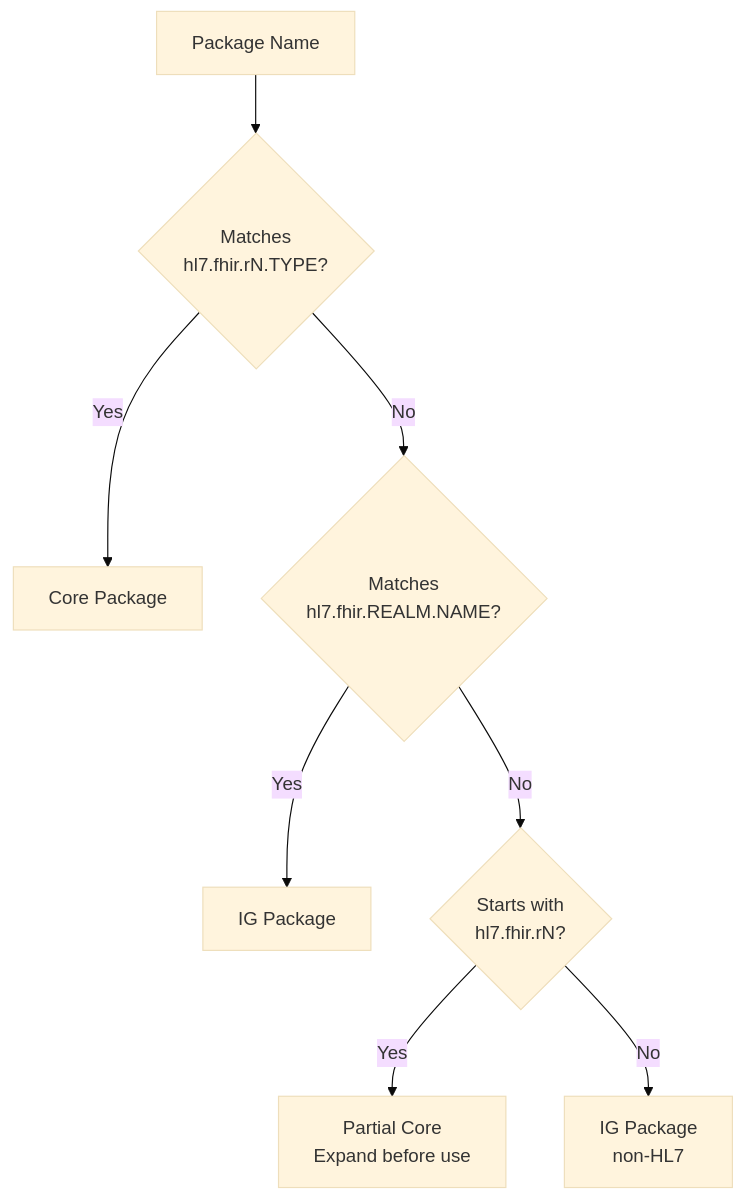
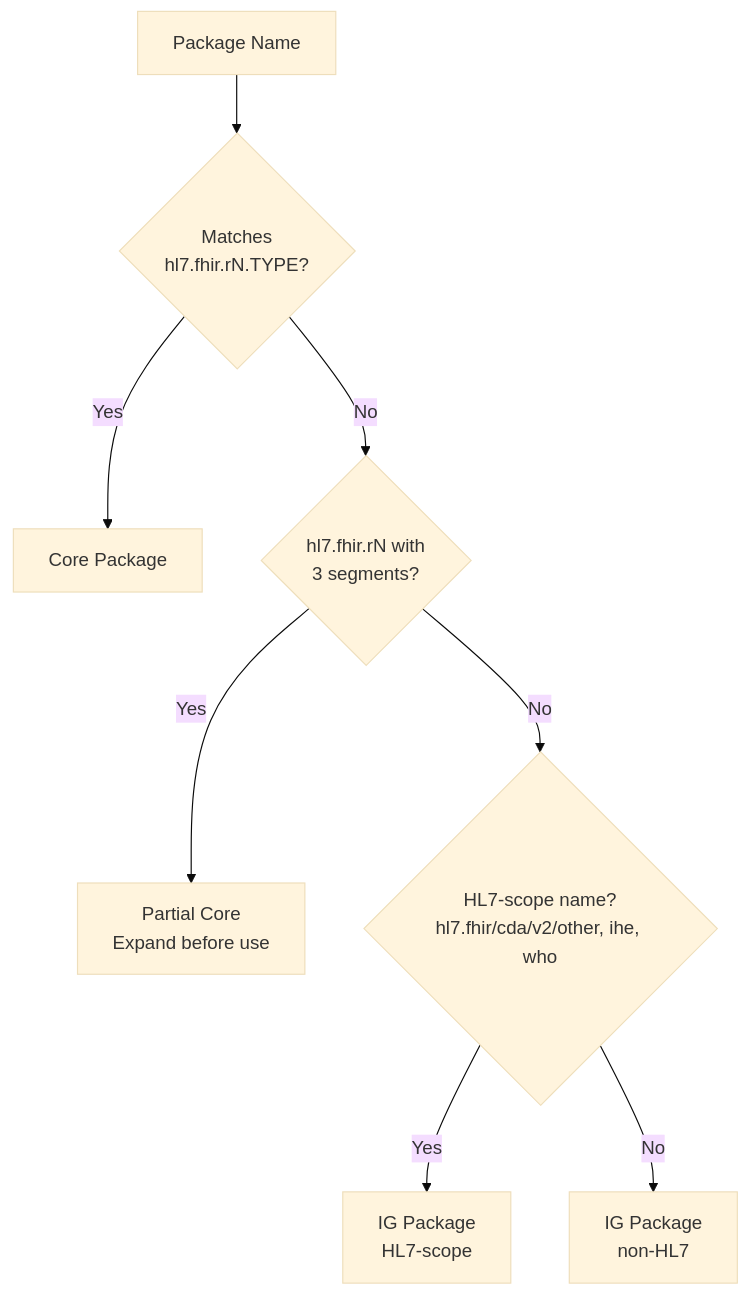
The diagram in reference/package-naming.md (GinoCanessa/dotnet-fhir-packages), drawn with Mermaid (base theme) before and after one commit. The commit also changed other lines of this file and 3 other files, not shown here.

````diff
--- a/reference/package-naming.md
+++ b/reference/package-naming.md
@@ -114,10 +116,10 @@
 ```mermaid
 flowchart TD
     A[Package Name] --> B{Matches<br/>hl7.fhir.rN.TYPE?}
     B -->|Yes| C[Core Package]
-    B -->|No| D{Matches<br/>hl7.fhir.REALM.NAME?}
-    D -->|Yes| E[IG Package]
-    D -->|No| F{Starts with<br/>hl7.fhir.rN?}
+    B -->|No| F{hl7.fhir.rN with<br/>3 segments?}
     F -->|Yes| G[Partial Core<br/>Expand before use]
-    F -->|No| H[IG Package<br/>non-HL7]
+    F -->|No| D{HL7-scope name?<br/>hl7.fhir/cda/v2/other, ihe, who}
+    D -->|Yes| E[IG Package<br/>HL7-scope]
+    D -->|No| H[IG Package<br/>non-HL7]
 ```
````
